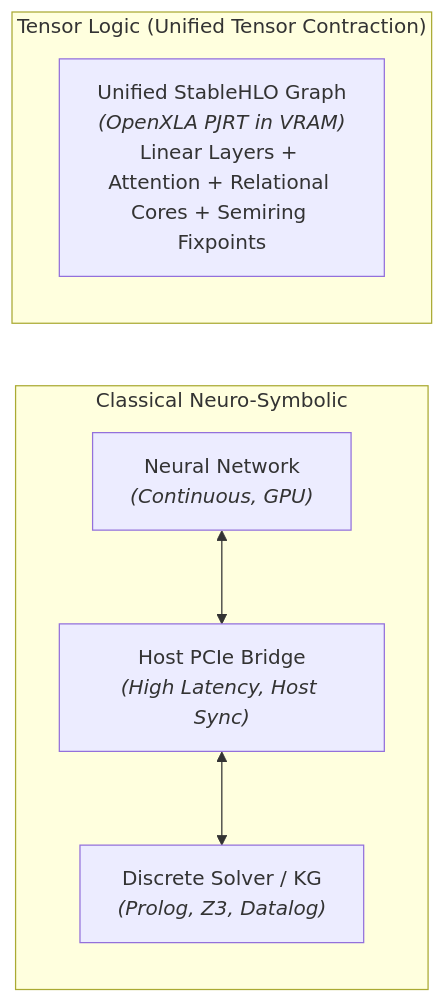
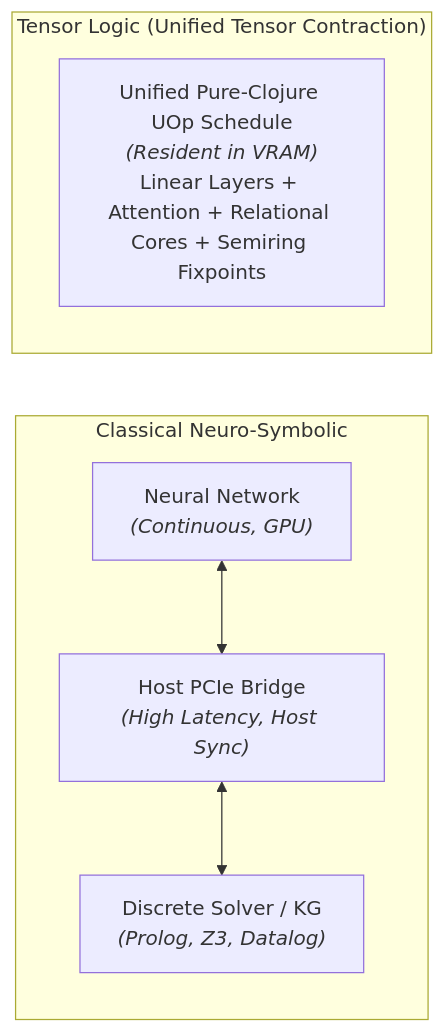
The diagram in docs/tensor_logic/related_work.md (alpeware/clj-einsum), drawn with Mermaid before and after one commit. The commit also changed other lines of this file and 19 other files, not shown here.

First line of the commit message:
[docs/uop] docs: add uop compiler architecture guide and update design and model docs

````diff
--- a/docs/tensor_logic/related_work.md
+++ b/docs/tensor_logic/related_work.md
@@ -17,13 +17,13 @@
 ```mermaid
 flowchart LR
     subgraph Classical ["Classical Neuro-Symbolic"]
         NN["Neural Network<br/><i>(Continuous, GPU)</i>"]
         PCIe["Host PCIe Bridge<br/><i>(High Latency, Host Sync)</i>"]
         Solver["Discrete Solver / KG<br/><i>(Prolog, Z3, Datalog)</i>"]
         NN <--> PCIe <--> Solver
     end
 
     subgraph Native ["Tensor Logic (Unified Tensor Contraction)"]
-        TL["Unified StableHLO Graph<br/><i>(OpenXLA PJRT in VRAM)</i><br/>Linear Layers + Attention + Relational Cores + Semiring Fixpoints"]
+        TL["Unified Pure-Clojure UOp Schedule<br/><i>(Resident in VRAM)</i><br/>Linear Layers + Attention + Relational Cores + Semiring Fixpoints"]
     end
 ```
````
